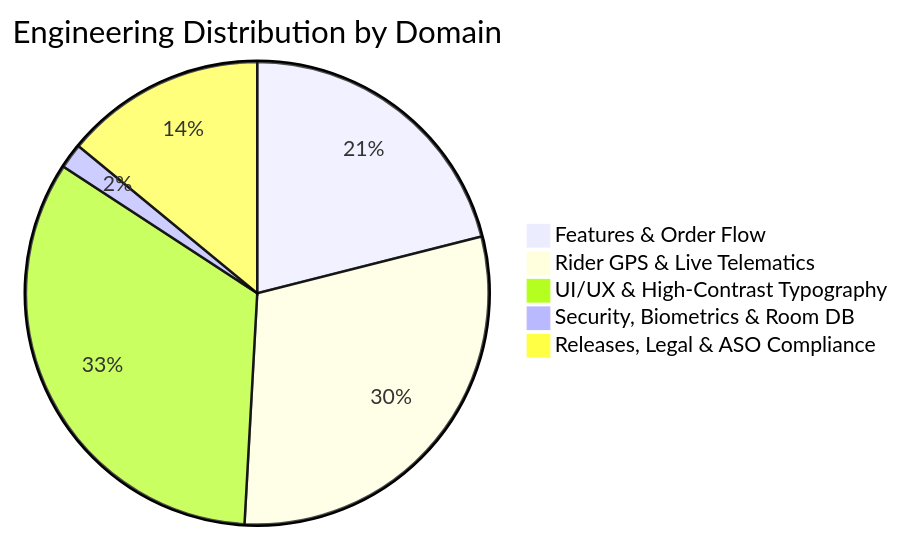
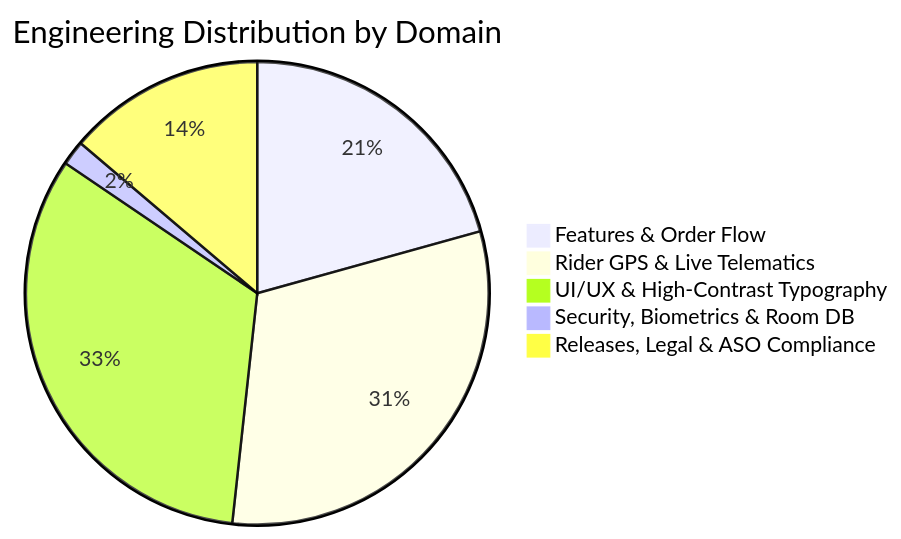
One commit to daniyal44/Zyphuel-App changed the second of 2 diagrams in README.md. Above: the diagram before and after it, drawn with Mermaid. The commit also changed other lines of this file and 22 other files, not shown here.

First line of the commit message:
Real-time rider GPS tracking, live map fixes, and COD payment method

````diff
--- a/README.md
+++ b/README.md
@@ -60,8 +60,8 @@
 ```mermaid
 pie title Engineering Distribution by Domain
     "Features & Order Flow" : 12
-    "Rider GPS & Live Telematics" : 17
+    "Rider GPS & Live Telematics" : 18
     "UI/UX & High-Contrast Typography" : 19
     "Security, Biometrics & Room DB" : 1
     "Releases, Legal & ASO Compliance" : 8
 ```
````
